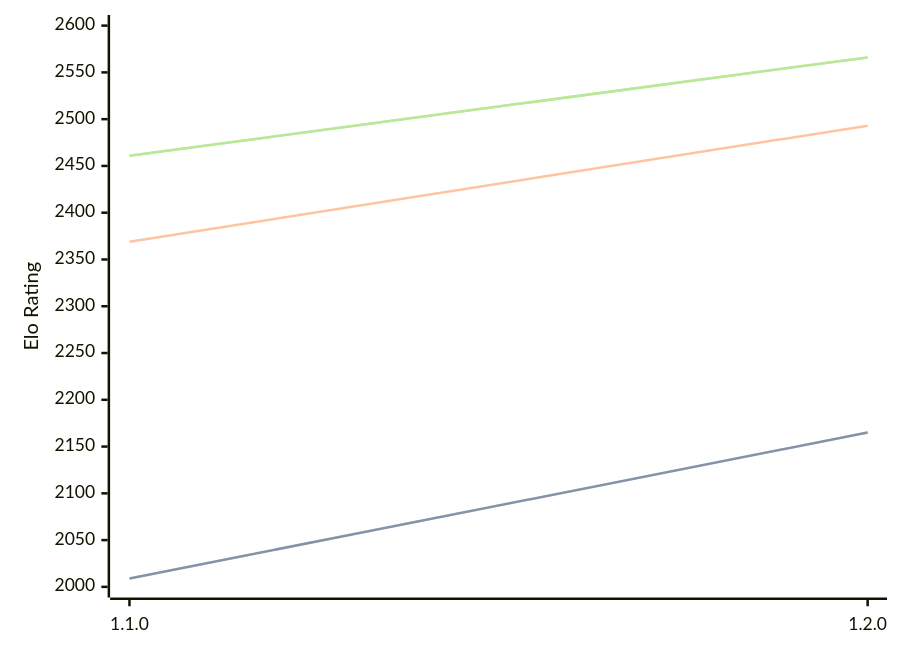
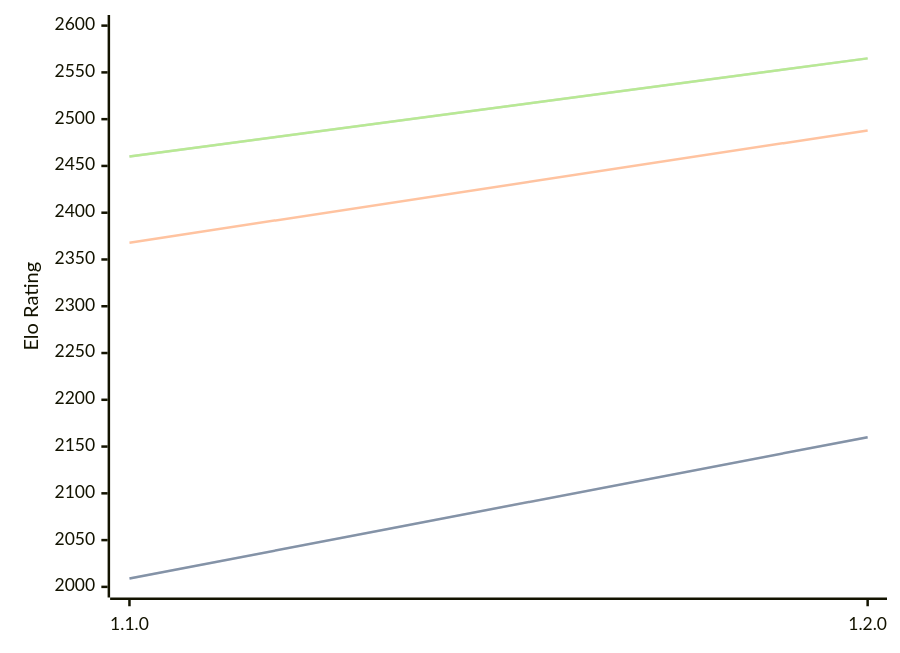
The diagram in engines/Gyatso.md (computer-chess-index/cci), drawn with Mermaid before and after one commit. The commit also changed other lines of this file, not shown here.

Commit message:
Update CCI Ratings (ELO VLTC) - 2026-02-27

````diff
--- a/engines/Gyatso.md
+++ b/engines/Gyatso.md
@@ -31,11 +31,11 @@
 ```mermaid
 %%{init: {"theme":"base","themeVariables":{"seriesColors:['#a3a3a3','#222221','#faa371']}}}%%
 xychart-beta
   x-axis ["1.1.0", "1.2.0"]
   y-axis "Elo Rating" 2000 --> 2600
-  line "STC (8.0+0.08s)" [2009, 2165]
-  line "STC (8.0+0.08s)" [2009, 2165]
-  line "LTC (60.0+0.60s)" [2369, 2493]
-  line "VLTC (2m24s+1.12s)" [2461, 2566]
-  line "VLTC (2m24s+1.12s)" [2461, 2566]
+  line "STC (8.0+0.08s)" [2009, 2160]
+  line "STC (8.0+0.08s)" [2009, 2160]
+  line "LTC (60.0+0.60s)" [2368, 2488]
+  line "VLTC (2m24s+1.12s)" [2460, 2565]
+  line "VLTC (2m24s+1.12s)" [2460, 2565]
 ```
````
